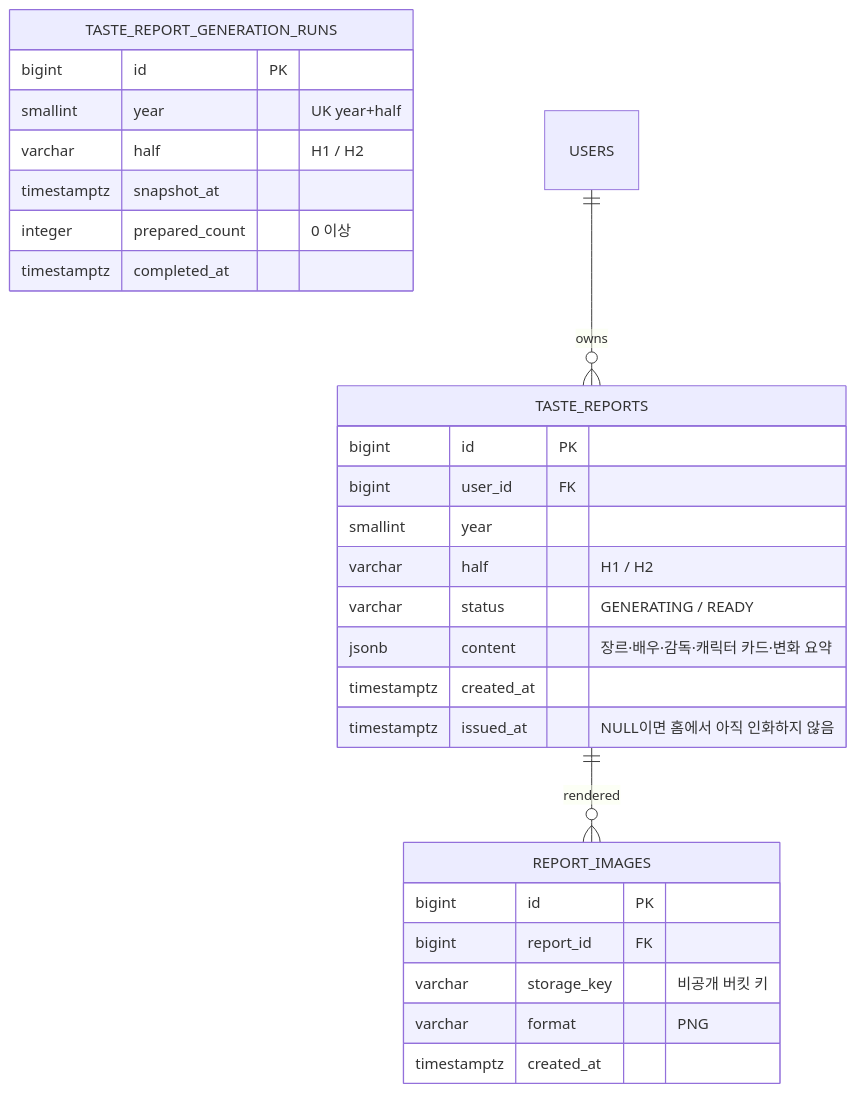
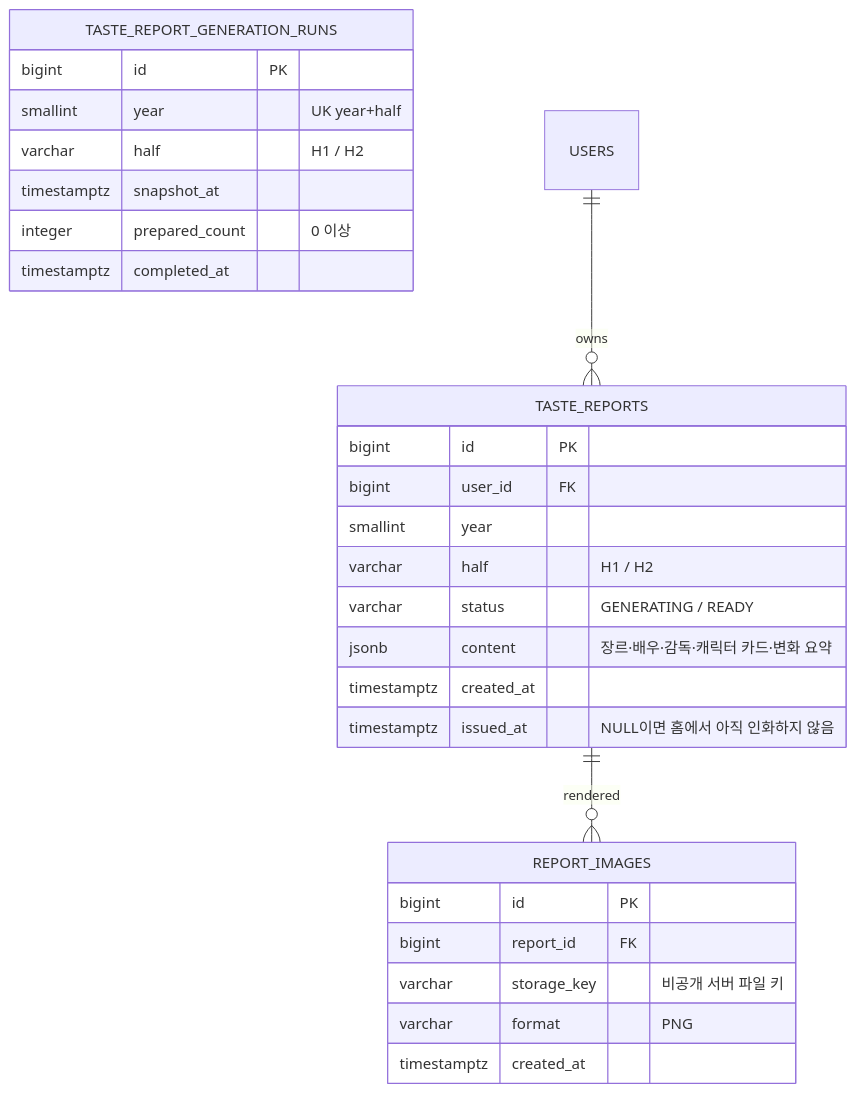
Before and after one commit to koongya-studio/feelm: the seventh of 8 diagrams in docs/erd.md, drawn with Mermaid. The commit also changed other lines of this file and 5 other files, not shown here.

````diff
--- a/docs/erd.md
+++ b/docs/erd.md
@@ -462,31 +462,31 @@
 ```mermaid
 erDiagram
     TASTE_REPORTS {
         bigint id PK
         bigint user_id FK
         smallint year
         varchar half "H1 / H2"
         varchar status "GENERATING / READY"
         jsonb content "장르·배우·감독·캐릭터 카드·변화 요약"
         timestamptz created_at
         timestamptz issued_at "NULL이면 홈에서 아직 인화하지 않음"
     }
     TASTE_REPORT_GENERATION_RUNS {
         bigint id PK
         smallint year "UK year+half"
         varchar half "H1 / H2"
         timestamptz snapshot_at
         integer prepared_count "0 이상"
         timestamptz completed_at
     }
     REPORT_IMAGES {
         bigint id PK
         bigint report_id FK
-        varchar storage_key "비공개 버킷 키"
+        varchar storage_key "비공개 서버 파일 키"
         varchar format "PNG"
         timestamptz created_at
     }
 
     USERS ||--o{ TASTE_REPORTS : owns
     TASTE_REPORTS ||--o{ REPORT_IMAGES : rendered
 ```
````
